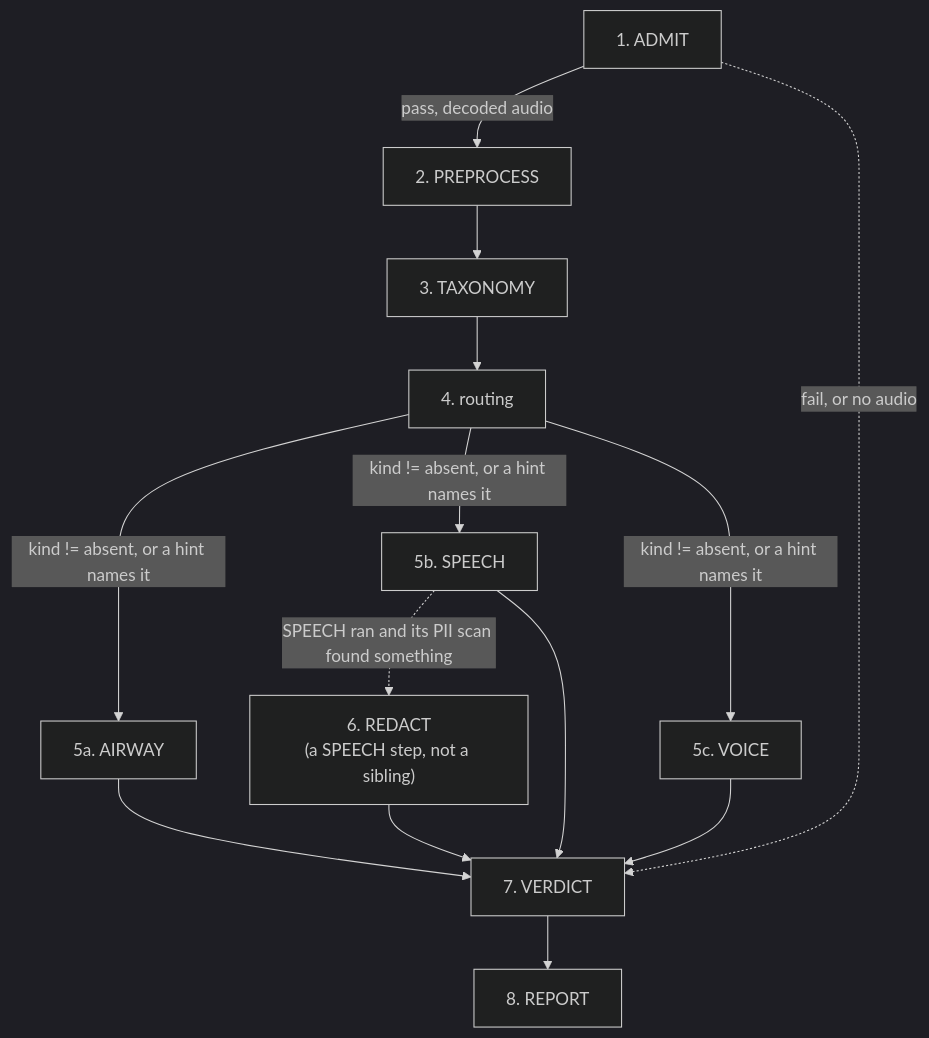
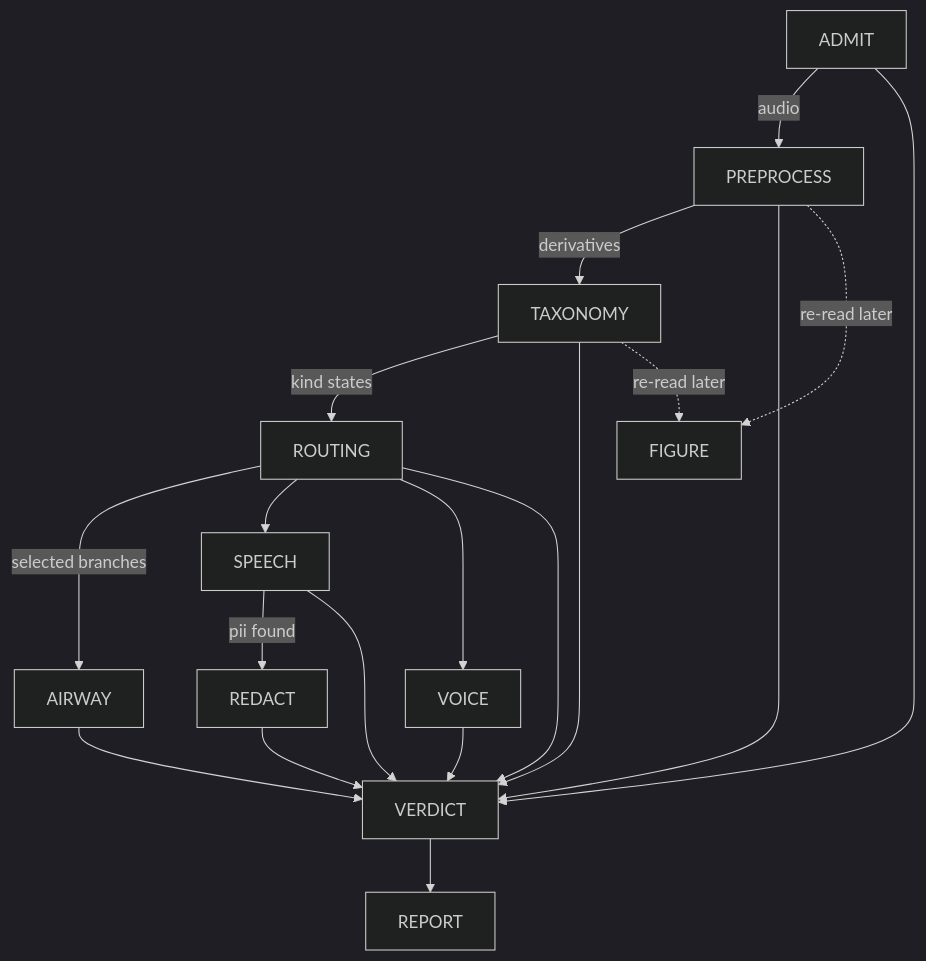
One commit to sensein/senselab changed the diagram in specs/20260817-triage-workflow-dag/dag.md. Above: the diagram before and after it, drawn with Mermaid (dark theme). The commit also changed other lines of this file, not shown here.

First line of the commit message:
docs(triage): regenerate dag.md from the code, not from the previous text

````diff
--- a/specs/20260817-triage-workflow-dag/dag.md
+++ b/specs/20260817-triage-workflow-dag/dag.md
@@ -49,26 +65,21 @@
 ```mermaid
 graph TD
-    ADMIT["1. ADMIT"]
-    PREPROCESS["2. PREPROCESS"]
-    TAXONOMY["3. TAXONOMY"]
-    ROUTING["4. routing"]
-    AIRWAY["5a. AIRWAY"]
-    SPEECH["5b. SPEECH"]
-    VOICE["5c. VOICE"]
-    REDACT["6. REDACT<br/>(a SPEECH step, not a sibling)"]
-    VERDICT["7. VERDICT"]
-    REPORT["8. REPORT"]
-
-    ADMIT -->|"pass, decoded audio"| PREPROCESS
-    ADMIT -.->|"fail, or no audio"| VERDICT
-    PREPROCESS --> TAXONOMY --> ROUTING
-    ROUTING -->|"kind != absent, or a hint names it"| AIRWAY
-    ROUTING -->|"kind != absent, or a hint names it"| SPEECH
-    ROUTING -->|"kind != absent, or a hint names it"| VOICE
-    SPEECH -.->|"SPEECH ran and its PII scan found something"| REDACT
-    AIRWAY --> VERDICT
-    SPEECH --> VERDICT
-    VOICE --> VERDICT
-    REDACT --> VERDICT
-    VERDICT --> REPORT
+  ADMIT -->|audio| PREPROCESS
+  PREPROCESS -->|derivatives| TAXONOMY
+  TAXONOMY -->|kind states| ROUTING
+  ROUTING -->|selected branches| AIRWAY
+  ROUTING --> SPEECH
+  ROUTING --> VOICE
+  SPEECH -->|pii found| REDACT
+  ADMIT --> VERDICT
+  PREPROCESS --> VERDICT
+  TAXONOMY --> VERDICT
+  ROUTING --> VERDICT
+  AIRWAY --> VERDICT
+  SPEECH --> VERDICT
+  VOICE --> VERDICT
+  REDACT --> VERDICT
+  VERDICT --> REPORT
+  PREPROCESS -.re-read later.-> FIGURE
+  TAXONOMY -.re-read later.-> FIGURE
 ```
````
